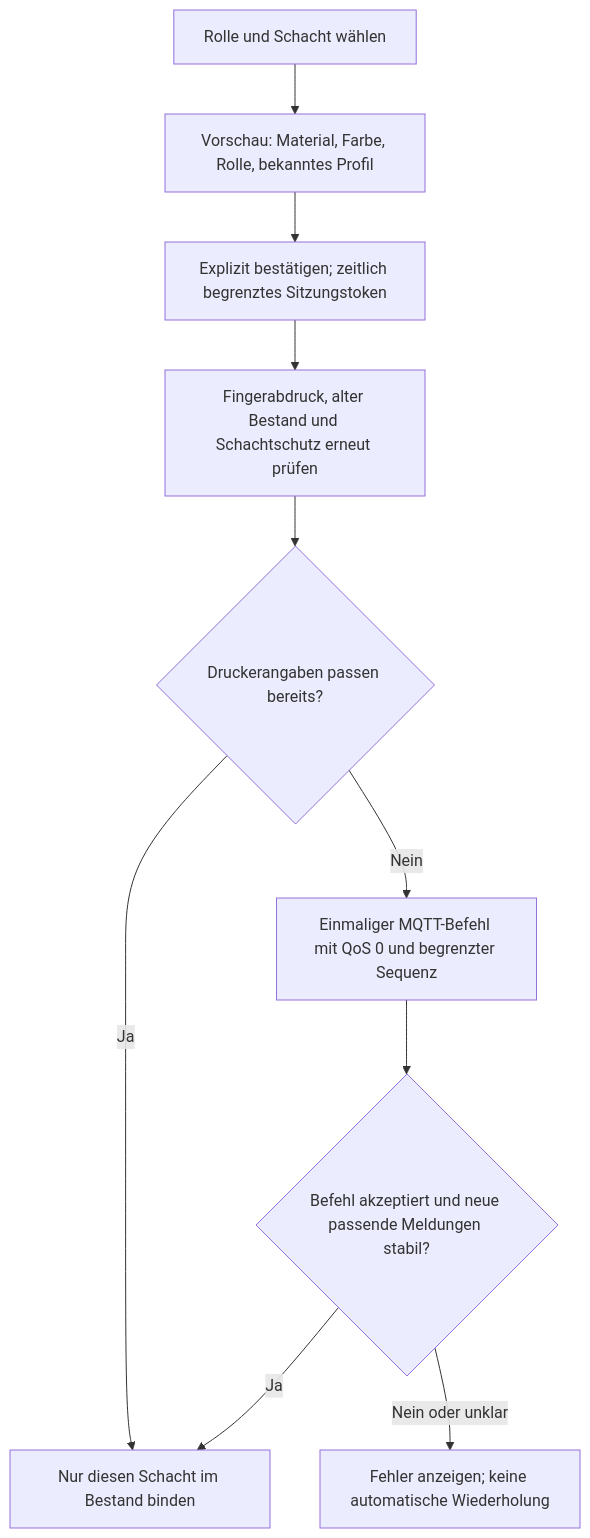
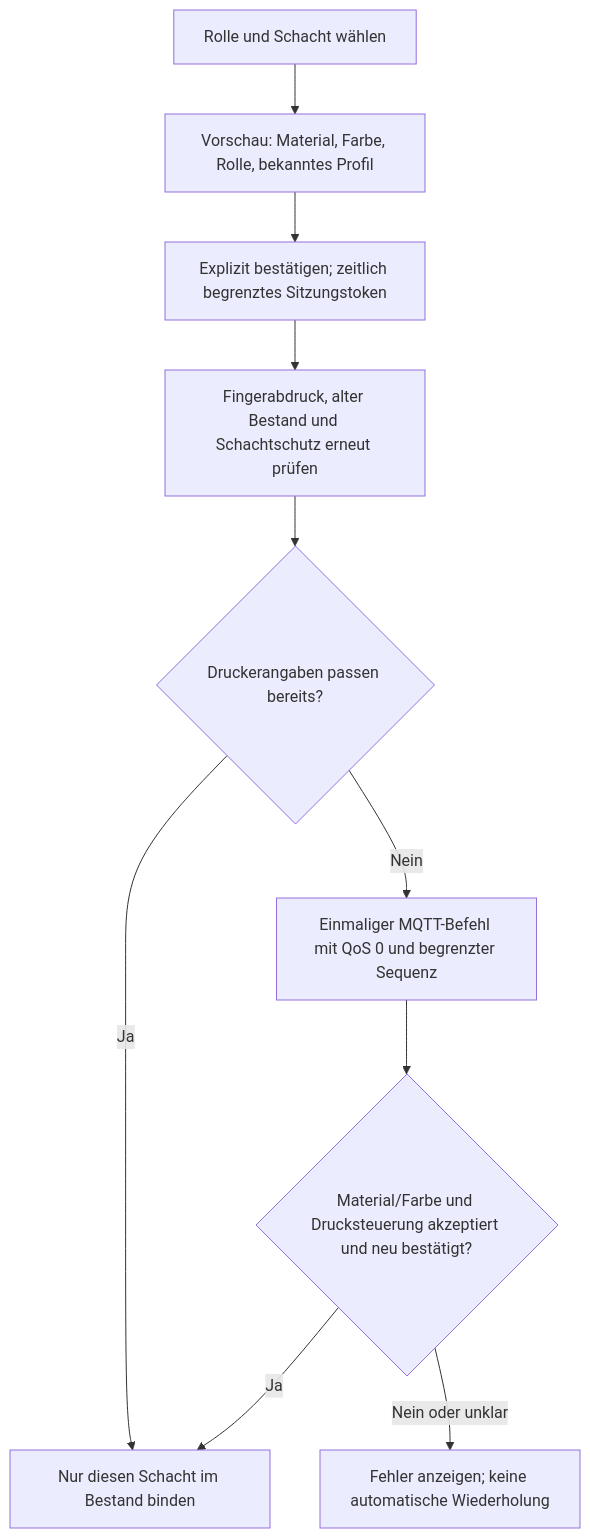
One commit to andreas-fe/bambu-spoolman-plus changed the diagram in docs/architecture.md. Above: the diagram before and after it, drawn with Mermaid. The commit also changed other lines of this file and 14 other files, not shown here.

````diff
--- a/docs/architecture.md
+++ b/docs/architecture.md
@@ -45,12 +45,12 @@
 ```mermaid
 flowchart TD
     Select["Rolle und Schacht wählen"] --> Preview["Vorschau: Material, Farbe, Rolle, bekanntes Profil"]
     Preview --> Confirm["Explizit bestätigen; zeitlich begrenztes Sitzungstoken"]
     Confirm --> Check["Fingerabdruck, alter Bestand und Schachtschutz erneut prüfen"]
     Check --> Same{"Druckerangaben passen bereits?"}
     Same -->|Ja| Bind["Nur diesen Schacht im Bestand binden"]
     Same -->|Nein| Send["Einmaliger MQTT-Befehl mit QoS 0 und begrenzter Sequenz"]
-    Send --> Reply{"Befehl akzeptiert und neue passende Meldungen stabil?"}
+    Send --> Reply{"Material/Farbe und Drucksteuerung akzeptiert und neu bestätigt?"}
     Reply -->|Ja| Bind
     Reply -->|Nein oder unklar| Stop["Fehler anzeigen; keine automatische Wiederholung"]
 ```
````
